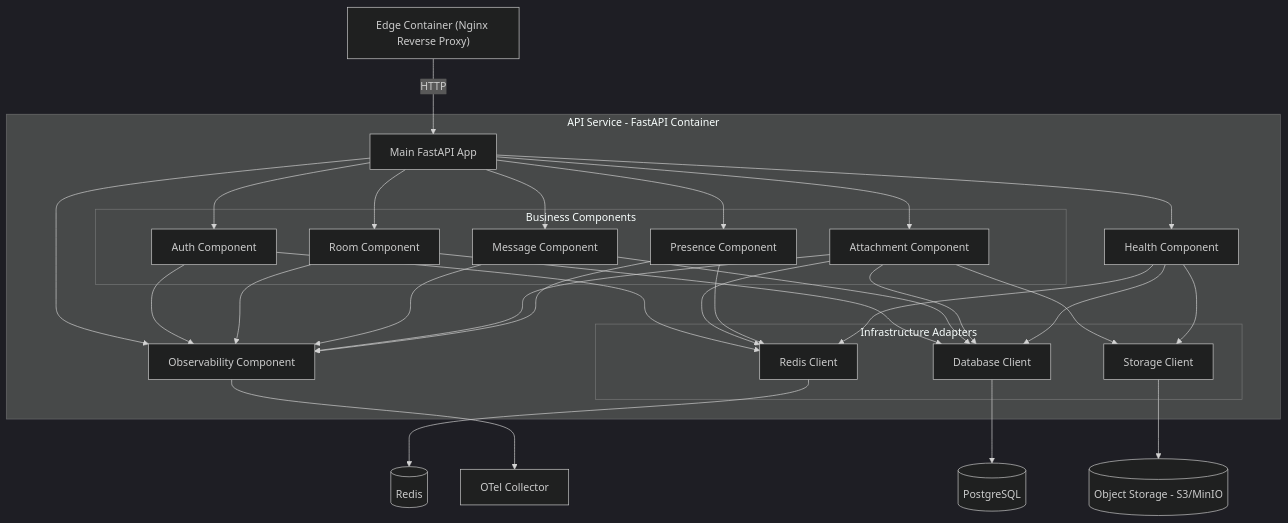
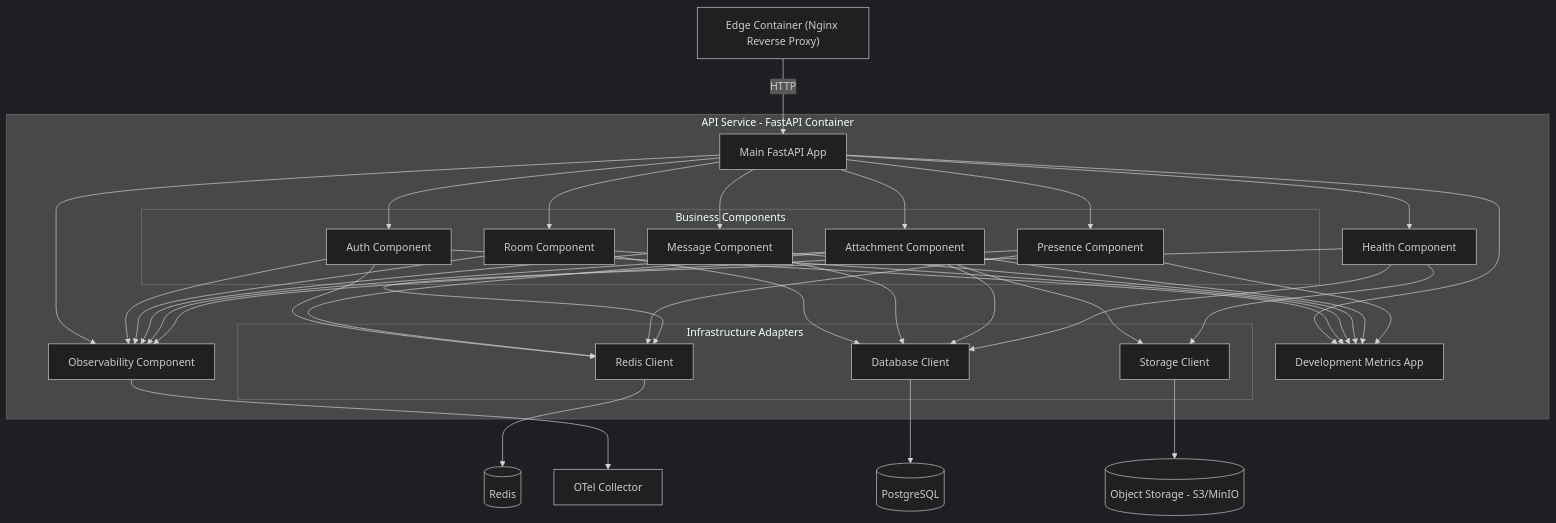
Before and after one commit to aaron-fredrick/kairo: the diagram in docs/architecture/c4/3-component-api.mmd, drawn with Mermaid. The commit also changed 2 other files, not shown here.

Commit message:
feat(api): update download URL endpoint to use attachment_id and improve logging

```diff
--- a/docs/architecture/c4/3-component-api.mmd
+++ b/docs/architecture/c4/3-component-api.mmd
@@ -1,78 +1,87 @@
 %%{init: {
 "theme": "dark",
 "flowchart": {
     "nodeSpacing": 50,
     "rankSpacing": 60
 }
 }}%%
 
 flowchart TB
 
     
 	Edge["Edge Container (Nginx Reverse Proxy)"]
 
     subgraph API[API Service - FastAPI Container]
 
         App[Main FastAPI App]
 
         subgraph Business[Business Components]
         Auth[Auth Component]
         Room[Room Component]
         Message[Message Component]
         Attachment[Attachment Component]
         Presence[Presence Component]
         end
 
         Health[Health Component]
 
         subgraph Infra [Infrastructure Adapters]
             DBC[Database Client]
             RedisC[Redis Client]
             StorageC[Storage Client]
         end
 
         Obs[Observability Component]
+
+        DevMetrics[Development Metrics App]
     end
 
     OTel[OTel Collector]
 
     Redis[(Redis)]
     Postgres[(PostgreSQL)]
     Storage[(Object Storage - S3/MinIO)]
 
     Edge -->|HTTP| App
 
     App --> Auth
     App --> Room
     App --> Message
     App --> Attachment
     App --> Presence
     App --> Health
 
     Auth --> RedisC
 
     Room --> DBC
     
     Message --> DBC
     
     Attachment --> StorageC
     Attachment --> DBC
     Attachment --> RedisC
 
     Presence --> RedisC
 
     Health --> DBC
     Health --> RedisC
     Health --> StorageC
 
     App --> Obs
     Auth --> Obs
     Room --> Obs
     Message --> Obs
     Attachment --> Obs
     Presence --> Obs
 
+    App --> DevMetrics
+    Auth --> DevMetrics
+    Room --> DevMetrics
+    Message --> DevMetrics
+    Attachment --> DevMetrics
+    Presence --> DevMetrics
+
     Obs --> OTel
     DBC --> Postgres
     RedisC --> Redis
     StorageC --> Storage
```
